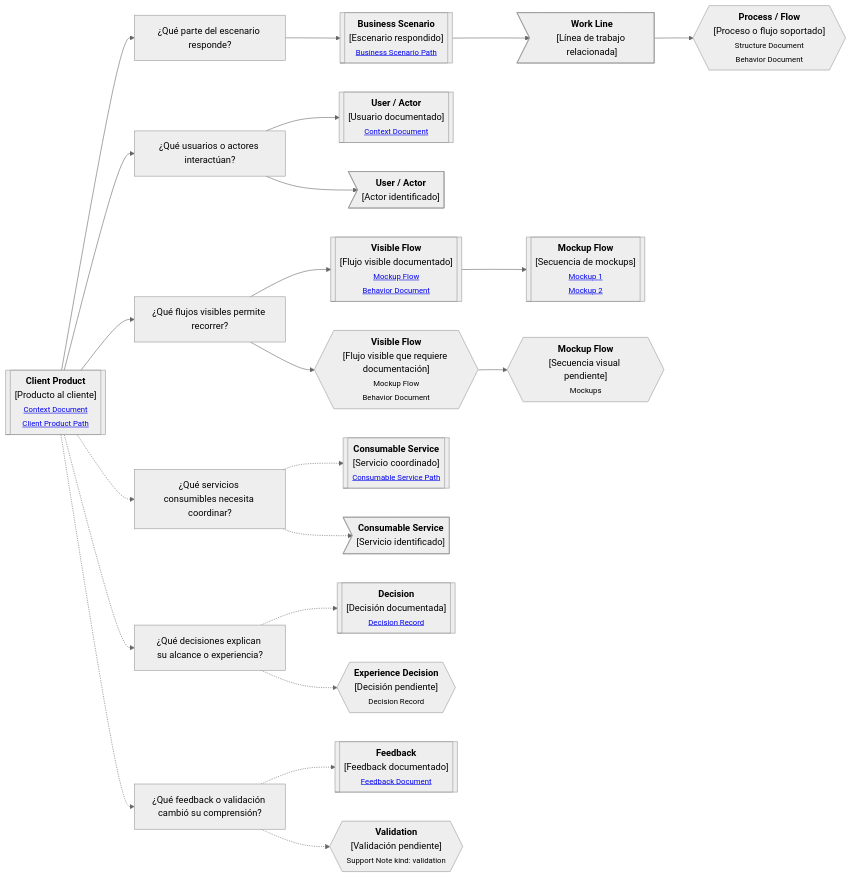
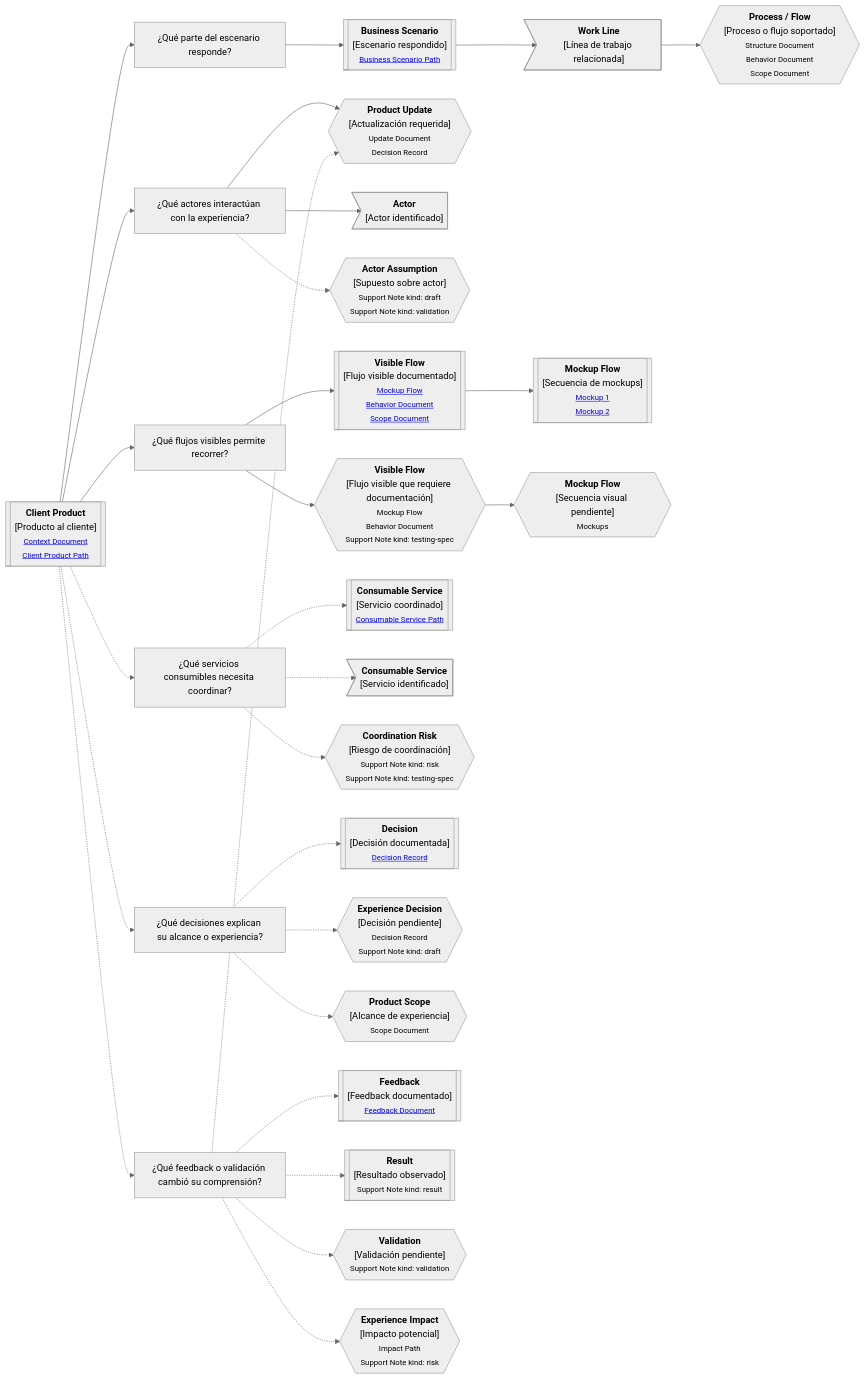
The diagram in docs/es/alive-lab/research/notes/docs-standard/artifacts/continuity-paths/core/client-product.md (vslices/docs), drawn with Mermaid (neutral theme) before and after one commit. The commit also changed 18 other files, not shown here.

````diff
--- a/docs/es/alive-lab/research/notes/docs-standard/artifacts/continuity-paths/core/client-product.md
+++ b/docs/es/alive-lab/research/notes/docs-standard/artifacts/continuity-paths/core/client-product.md
@@ -41,33 +41,39 @@
 ```mermaid
 flowchart LR
     A[["<b>Client Product</b><br/>[Producto al cliente]<br/><small><a href='link'>Context Document</a><br/><a href='link'>Client Product Path</a></small>"]]
 
     A --> P1["¿Qué parte del escenario responde?"]
-    A --> P2["¿Qué usuarios o actores interactúan?"]
+    A --> P2["¿Qué actores interactúan con la experiencia?"]
     A --> P3["¿Qué flujos visibles permite recorrer?"]
     A -.-> P4["¿Qué servicios consumibles necesita coordinar?"]
     A -.-> P5["¿Qué decisiones explican su alcance o experiencia?"]
     A -.-> P6["¿Qué feedback o validación cambió su comprensión?"]
 
     P1 --> BS1[["<b>Business Scenario</b><br/>[Escenario respondido]<br/><small><a href='link'>Business Scenario Path</a></small>"]]
     BS1 --> WL1>"<b>Work Line</b><br/>[Línea de trabajo relacionada]"]
-    WL1 --> PR1{{"<b>Process / Flow</b><br/>[Proceso o flujo soportado]<br/><small>Structure Document<br/>Behavior Document</small>"}}
+    WL1 --> PR1{{"<b>Process / Flow</b><br/>[Proceso o flujo soportado]<br/><small>Structure Document<br/>Behavior Document<br/>Scope Document</small>"}}
 
-    P2 --> U1[["<b>User / Actor</b><br/>[Usuario documentado]<br/><small><a href='link'>Context Document</a></small>"]]
-    P2 --> U2>"<b>User / Actor</b><br/>[Actor identificado]"]
+    P2 --> U1[["<b>Actor</b><br/>[Actor documentado]<br/><small><a href='link'>Context Document</a><br/><a href='link'>Domain Vocabulary</a></small>"]]
+    P2 --> U2>"<b>Actor</b><br/>[Actor identificado]"]
+    P2 -.-> U3{{"<b>Actor Assumption</b><br/>[Supuesto sobre actor]<br/><small>Support Note kind: draft<br/>Support Note kind: validation</small>"}}
 
-    P3 --> VF1[["<b>Visible Flow</b><br/>[Flujo visible documentado]<br/><small><a href='link'>Mockup Flow</a><br/><a href='link'>Behavior Document</a></small>"]]
-    P3 --> VF2{{"<b>Visible Flow</b><br/>[Flujo visible que requiere documentación]<br/><small>Mockup Flow<br/>Behavior Document</small>"}}
+    P3 --> VF1[["<b>Visible Flow</b><br/>[Flujo visible documentado]<br/><small><a href='link'>Mockup Flow</a><br/><a href='link'>Behavior Document</a><br/><a href='link'>Scope Document</a></small>"]]
+    P3 --> VF2{{"<b>Visible Flow</b><br/>[Flujo visible que requiere documentación]<br/><small>Mockup Flow<br/>Behavior Document<br/>Support Note kind: testing-spec</small>"}}
 
     VF1 --> MF1[["<b>Mockup Flow</b><br/>[Secuencia de mockups]<br/><small><a href='link'>Mockup 1</a><br/><a href='link'>Mockup 2</a></small>"]]
     VF2 --> MF2{{"<b>Mockup Flow</b><br/>[Secuencia visual pendiente]<br/><small>Mockups</small>"}}
 
     P4 -.-> S1[["<b>Consumable Service</b><br/>[Servicio coordinado]<br/><small><a href='link'>Consumable Service Path</a></small>"]]
     P4 -.-> S2>"<b>Consumable Service</b><br/>[Servicio identificado]"]
+    P4 -.-> S3{{"<b>Coordination Risk</b><br/>[Riesgo de coordinación]<br/><small>Support Note kind: risk<br/>Support Note kind: testing-spec</small>"}}
 
     P5 -.-> D1[["<b>Decision</b><br/>[Decisión documentada]<br/><small><a href='link'>Decision Record</a></small>"]]
-    P5 -.-> D2{{"<b>Experience Decision</b><br/>[Decisión pendiente]<br/><small>Decision Record</small>"}}
+    P5 -.-> D2{{"<b>Experience Decision</b><br/>[Decisión pendiente]<br/><small>Decision Record<br/>Support Note kind: draft</small>"}}
+    P5 -.-> SC1{{"<b>Product Scope</b><br/>[Alcance de experiencia]<br/><small>Scope Document</small>"}}
 
     P6 -.-> FB1[["<b>Feedback</b><br/>[Feedback documentado]<br/><small><a href='link'>Feedback Document</a></small>"]]
+    P6 -.-> R1[["<b>Result</b><br/>[Resultado observado]<br/><small>Support Note kind: result</small>"]]
     P6 -.-> V1{{"<b>Validation</b><br/>[Validación pendiente]<br/><small>Support Note kind: validation</small>"}}
+    P6 -.-> U1{{"<b>Product Update</b><br/>[Actualización requerida]<br/><small>Update Document<br/>Decision Record</small>"}}
+    P6 -.-> I1{{"<b>Experience Impact</b><br/>[Impacto potencial]<br/><small>Impact Path<br/>Support Note kind: risk</small>"}}
 ```
````
